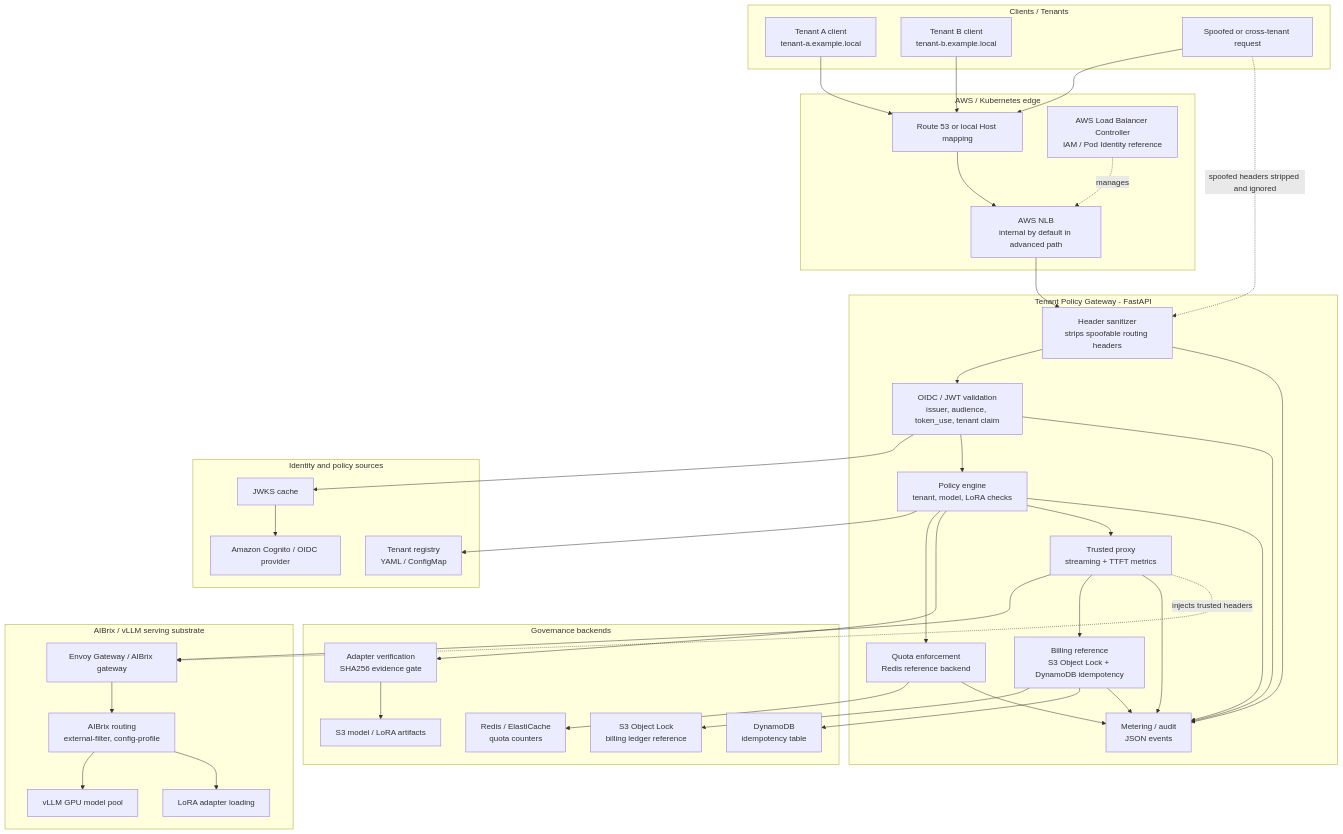
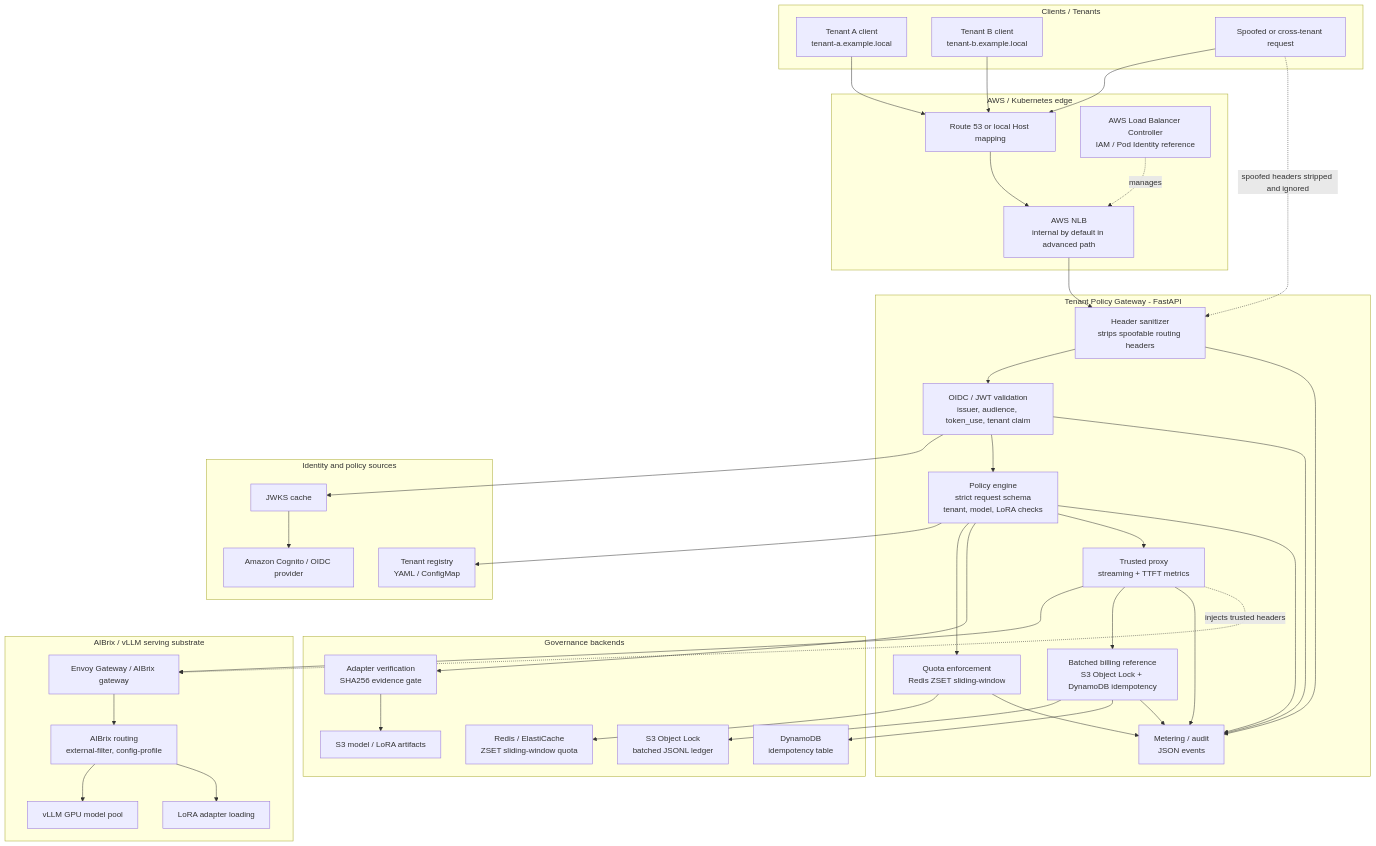
Before and after one commit to dataandai/aibrix-tenant-gateway: the diagram in README.md, drawn with Mermaid. The commit also changed other lines of this file and 9 other files, not shown here.

````diff
--- a/README.md
+++ b/README.md
@@ -44,70 +58,70 @@
 ```mermaid
 flowchart TB
     subgraph Clients["Clients / Tenants"]
         TA["Tenant A client<br/>tenant-a.example.local"]
         TB["Tenant B client<br/>tenant-b.example.local"]
         BAD["Spoofed or cross-tenant request"]
     end
 
     subgraph Edge["AWS / Kubernetes edge"]
         DNS["Route 53 or local Host mapping"]
         NLB["AWS NLB<br/>internal by default in advanced path"]
         LBC["AWS Load Balancer Controller<br/>IAM / Pod Identity reference"]
     end
 
     subgraph Gateway["Tenant Policy Gateway - FastAPI"]
         HS["Header sanitizer<br/>strips spoofable routing headers"]
         AUTH["OIDC / JWT validation<br/>issuer, audience, token_use, tenant claim"]
-        POLICY["Policy engine<br/>tenant, model, LoRA checks"]
-        QUOTA["Quota enforcement<br/>Redis reference backend"]
+        POLICY["Policy engine<br/>strict request schema<br/>tenant, model, LoRA checks"]
+        QUOTA["Quota enforcement<br/>Redis ZSET sliding-window"]
         PROXY["Trusted proxy<br/>streaming + TTFT metrics"]
         AUDIT["Metering / audit<br/>JSON events"]
-        BILLING["Billing reference<br/>S3 Object Lock + DynamoDB idempotency"]
+        BILLING["Batched billing reference<br/>S3 Object Lock + DynamoDB idempotency"]
     end
 
     subgraph Identity["Identity and policy sources"]
         COG["Amazon Cognito / OIDC provider"]
         JWKS["JWKS cache"]
         REG["Tenant registry<br/>YAML / ConfigMap"]
     end
 
     subgraph Governance["Governance backends"]
-        REDIS["Redis / ElastiCache<br/>quota counters"]
-        S3B["S3 Object Lock<br/>billing ledger reference"]
+        REDIS["Redis / ElastiCache<br/>ZSET sliding-window quota"]
+        S3B["S3 Object Lock<br/>batched JSONL ledger"]
         DDB["DynamoDB<br/>idempotency table"]
         S3A["S3 model / LoRA artifacts"]
         VERIFY["Adapter verification<br/>SHA256 evidence gate"]
     end
 
     subgraph Serving["AIBrix / vLLM serving substrate"]
         ENVGW["Envoy Gateway / AIBrix gateway"]
         ROUTER["AIBrix routing<br/>external-filter, config-profile"]
         VLLM["vLLM GPU model pool"]
         LORA["LoRA adapter loading"]
     end
 
     TA --> DNS --> NLB --> HS
     TB --> DNS
     BAD --> DNS
     LBC -. manages .-> NLB
 
     HS --> AUTH --> JWKS --> COG
     AUTH --> POLICY --> REG
     POLICY --> QUOTA --> REDIS
     POLICY --> VERIFY --> S3A
     POLICY --> PROXY --> ENVGW --> ROUTER --> VLLM
     ROUTER --> LORA
 
     PROXY --> BILLING --> S3B
     BILLING --> DDB
 
     HS --> AUDIT
     AUTH --> AUDIT
     POLICY --> AUDIT
     QUOTA --> AUDIT
     PROXY --> AUDIT
     BILLING --> AUDIT
 
     BAD -. spoofed headers stripped and ignored .-> HS
     PROXY -. injects trusted headers .-> ENVGW
 ```
````
